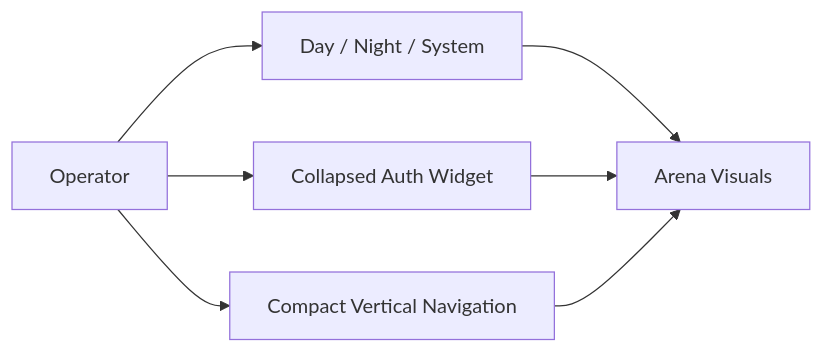
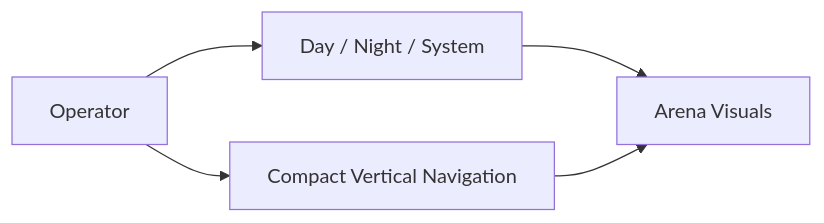
The fourth of 11 diagrams in docs/USE_CASES.md (khab40/aimada), drawn with Mermaid before and after one commit. The commit also changed other lines of this file and 94 other files, not shown here.

````diff
--- a/docs/USE_CASES.md
+++ b/docs/USE_CASES.md
@@ -189,15 +156,12 @@
 ```mermaid
 graph LR
     Operator["Operator"]
     Theme["Day / Night / System"]
-    AuthPanel["Collapsed Auth Widget"]
     Nav["Compact Vertical Navigation"]
     Arena["Arena Visuals"]
 
     Operator --> Theme
-    Operator --> AuthPanel
     Operator --> Nav
     Theme --> Arena
-    AuthPanel --> Arena
     Nav --> Arena
 ```
````
